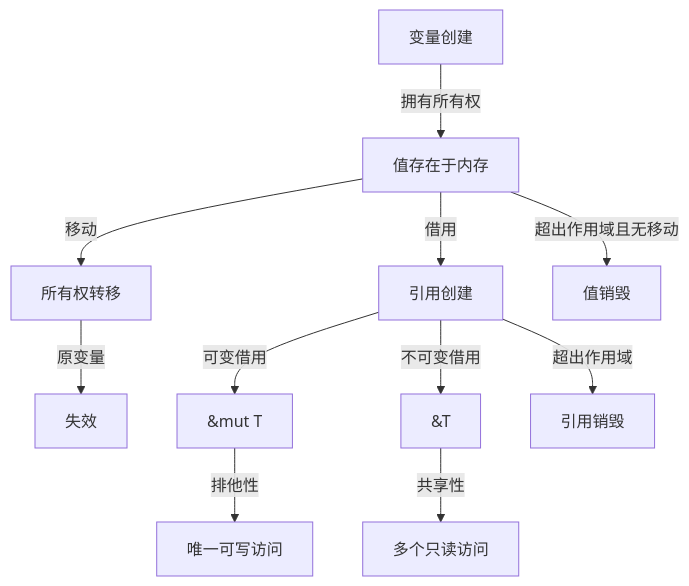
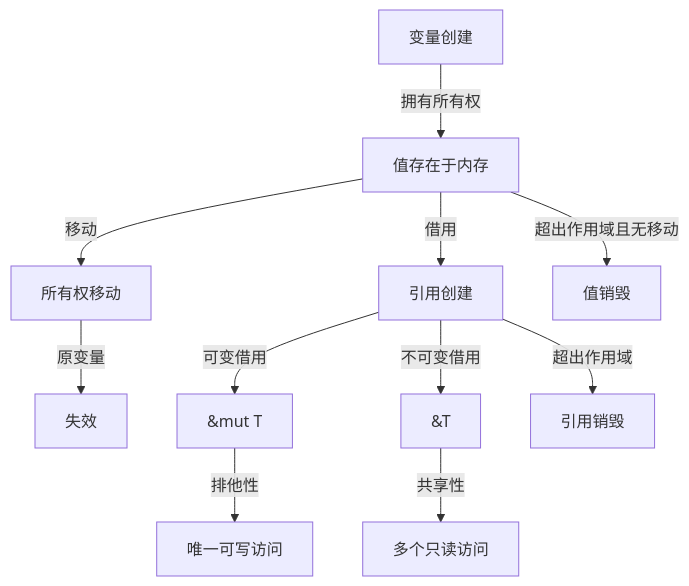
One commit to martin-ly/rust-lang changed the first of 10 diagrams in formal_rust/refactor/duplicate_dirs/18_model_systems/02_model_theory.md. Above: the diagram before and after it, drawn with Mermaid. The commit also changed other lines of this file and 5740 other files, not shown here.

````diff
--- a/formal_rust/refactor/duplicate_dirs/18_model_systems/02_model_theory.md
+++ b/formal_rust/refactor/duplicate_dirs/18_model_systems/02_model_theory.md
@@ -57,13 +57,13 @@
 ```mermaid
 graph TD
     A[变量创建] -->|拥有所有权| B[值存在于内存]
-    B -->|移动| C[所有权转移]
+    B -->|移动| C[所有权移动]
     B -->|借用| D[引用创建]
     D -->|可变借用| E[&mut T]
     D -->|不可变借用| F[&T]
     E -->|排他性| G[唯一可写访问]
     F -->|共享性| H[多个只读访问]
     C -->|原变量| I[失效]
     D -->|超出作用域| J[引用销毁]
     B -->|超出作用域且无移动| K[值销毁]
 ```
````
